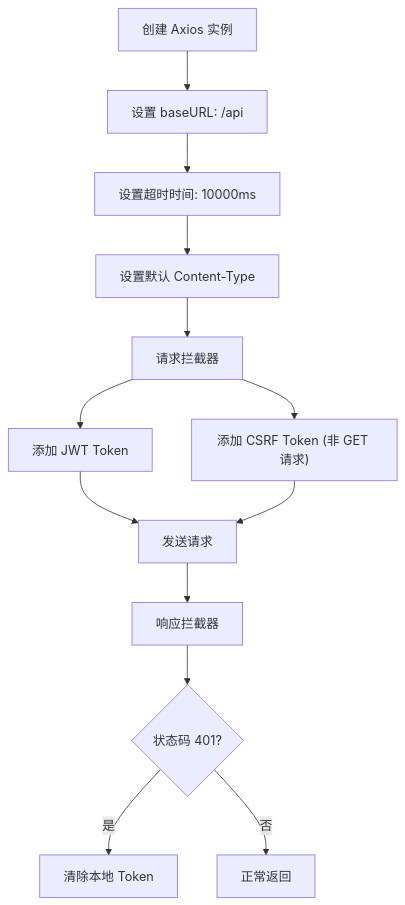
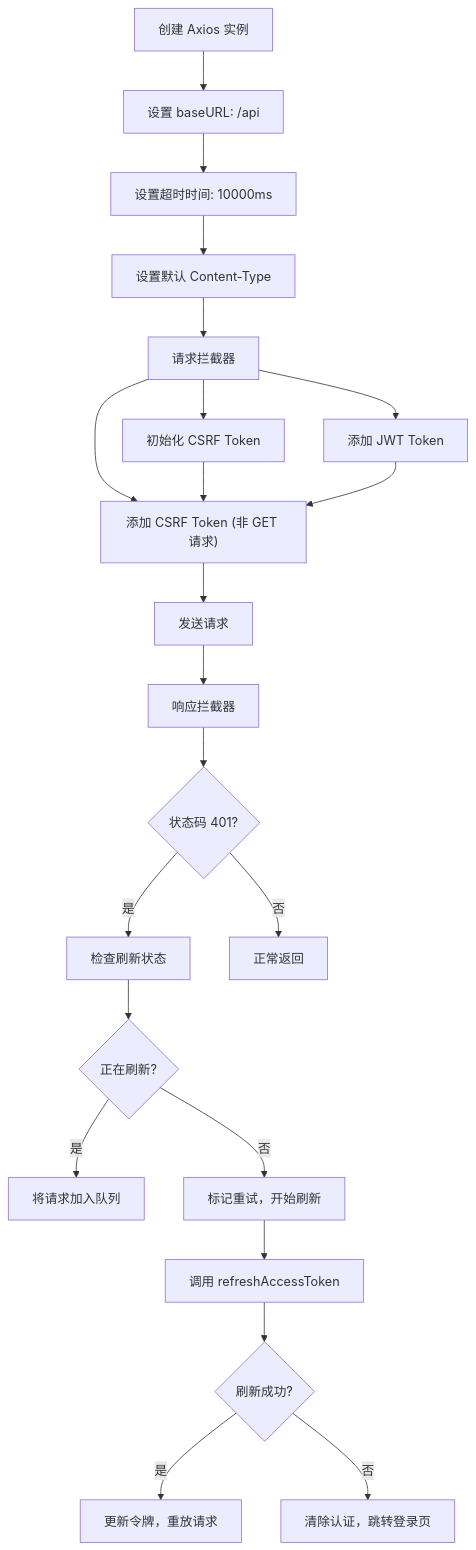
One commit to xixixiaoyu/vue3-nest-template changed the first of 4 diagrams in .qoder/repowiki/zh/content/API 参考/RESTful API/前端 API 客户端.md. Above: the diagram before and after it, drawn with Mermaid. The commit also changed other lines of this file and 5 other files, not shown here.

````diff
--- a/.qoder/repowiki/zh/content/API 参考/RESTful API/前端 API 客户端.md
+++ b/.qoder/repowiki/zh/content/API 参考/RESTful API/前端 API 客户端.md
@@ -33,15 +29,24 @@
 ```mermaid
 flowchart TD
 A["创建 Axios 实例"] --> B["设置 baseURL: /api"]
 B --> C["设置超时时间: 10000ms"]
 C --> D["设置默认 Content-Type"]
 D --> E["请求拦截器"]
-E --> F["添加 JWT Token"]
-E --> G["添加 CSRF Token (非 GET 请求)"]
-F --> H["发送请求"]
+E --> F["初始化 CSRF Token"]
+E --> G["添加 JWT Token"]
+E --> H["添加 CSRF Token (非 GET 请求)"]
+F --> H
 G --> H
-H --> I["响应拦截器"]
-I --> J{"状态码 401?"}
-J --> |是| K["清除本地 Token"]
-J --> |否| L["正常返回"]
+H --> I["发送请求"]
+I --> J["响应拦截器"]
+J --> K{"状态码 401?"}
+K --> |是| L["检查刷新状态"]
+K --> |否| M["正常返回"]
+L --> N{"正在刷新?"}
+N --> |是| O["将请求加入队列"]
+N --> |否| P["标记重试，开始刷新"]
+P --> Q["调用 refreshAccessToken"]
+Q --> R{"刷新成功?"}
+R --> |是| S["更新令牌，重放请求"]
+R --> |否| T["清除认证，跳转登录页"]
 ```
````
